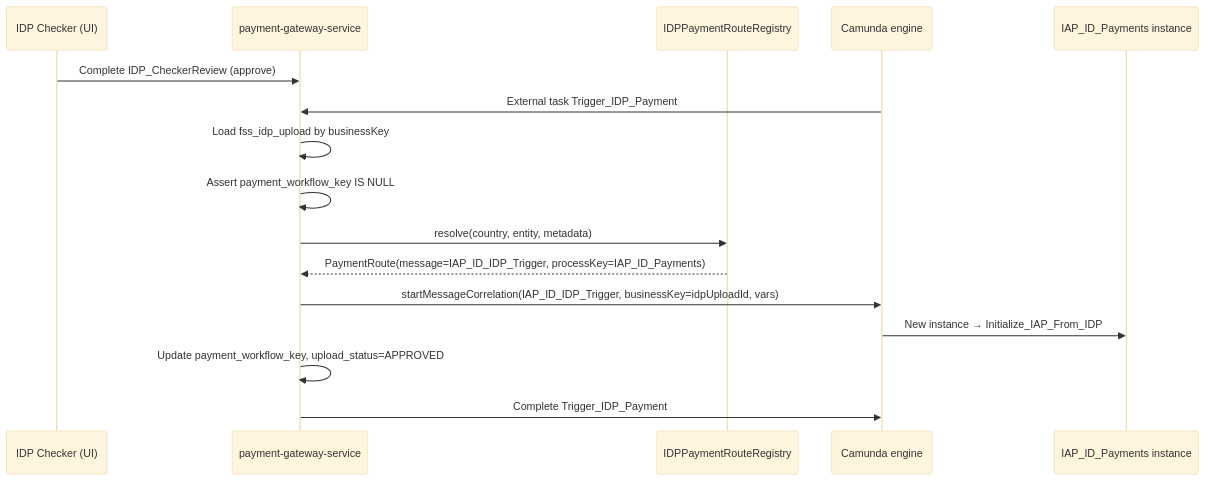
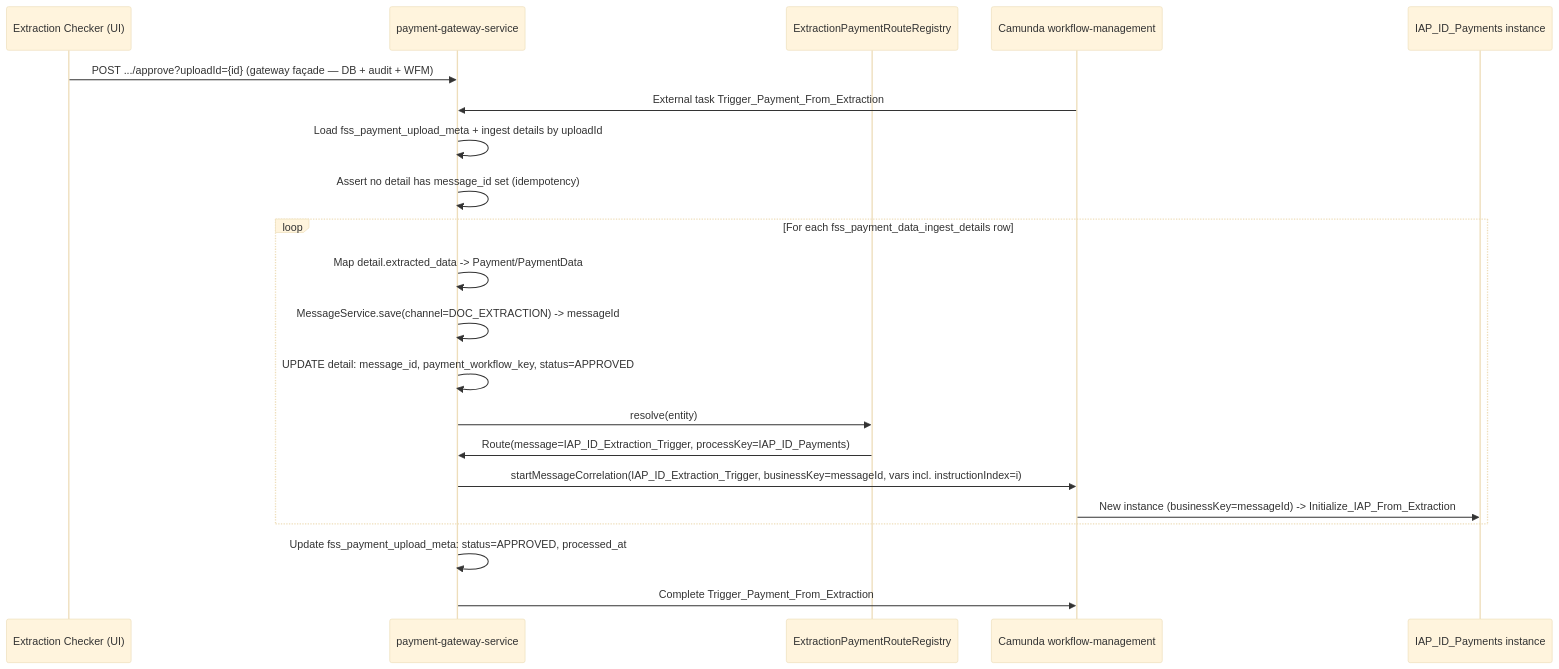
Before and after one commit to suresh0731/payment: the fifth of 6 diagrams in final/IDP_LLD.md, drawn with Mermaid (base theme). The commit also changed other lines of this file and 6 other files, not shown here.

````diff
--- a/final/IDP_LLD.md
+++ b/final/IDP_LLD.md
@@ -235,19 +225,25 @@
 ```mermaid
 sequenceDiagram
-    participant CK as IDP Checker (UI)
+    participant CK as Extraction Checker (UI)
     participant GW as payment-gateway-service
-    participant REG as IDPPaymentRouteRegistry
-    participant WFM as Camunda engine
+    participant REG as ExtractionPaymentRouteRegistry
+    participant WFM as Camunda workflow-management
     participant PAY as IAP_ID_Payments instance
 
-    CK->>GW: Complete IDP_CheckerReview (approve)
-    WFM->>GW: External task Trigger_IDP_Payment
-    GW->>GW: Load fss_idp_upload by businessKey
-    GW->>GW: Assert payment_workflow_key IS NULL
-    GW->>REG: resolve(country, entity, metadata)
-    REG-->>GW: PaymentRoute(message=IAP_ID_IDP_Trigger, processKey=IAP_ID_Payments)
-    GW->>WFM: startMessageCorrelation(IAP_ID_IDP_Trigger, businessKey=idpUploadId, vars)
-    WFM->>PAY: New instance → Initialize_IAP_From_IDP
-    GW->>GW: Update payment_workflow_key, upload_status=APPROVED
-    GW->>WFM: Complete Trigger_IDP_Payment
+    CK->>GW: POST .../approve?uploadId={id} (gateway façade — DB + audit + WFM)
+    WFM->>GW: External task Trigger_Payment_From_Extraction
+    GW->>GW: Load fss_payment_upload_meta + ingest details by uploadId
+    GW->>GW: Assert no detail has message_id set (idempotency)
+    loop For each fss_payment_data_ingest_details row
+      GW->>GW: Map detail.extracted_data -> Payment/PaymentData
+      GW->>GW: MessageService.save(channel=DOC_EXTRACTION) -> messageId
+      GW->>GW: UPDATE detail: message_id, payment_workflow_key, status=APPROVED
+      GW->>REG: resolve(entity)
+      REG->>GW: Route(message=IAP_ID_Extraction_Trigger, processKey=IAP_ID_Payments)
+      GW->>WFM: startMessageCorrelation(IAP_ID_Extraction_Trigger, businessKey=messageId, vars incl. instructionIndex=i)
+      WFM->>PAY: New instance (businessKey=messageId) -> Initialize_IAP_From_Extraction
+    end
+    GW->>GW: Update fss_payment_upload_meta: status=APPROVED, processed_at
+    GW->>WFM: Complete Trigger_Payment_From_Extraction
+
 ```
````
